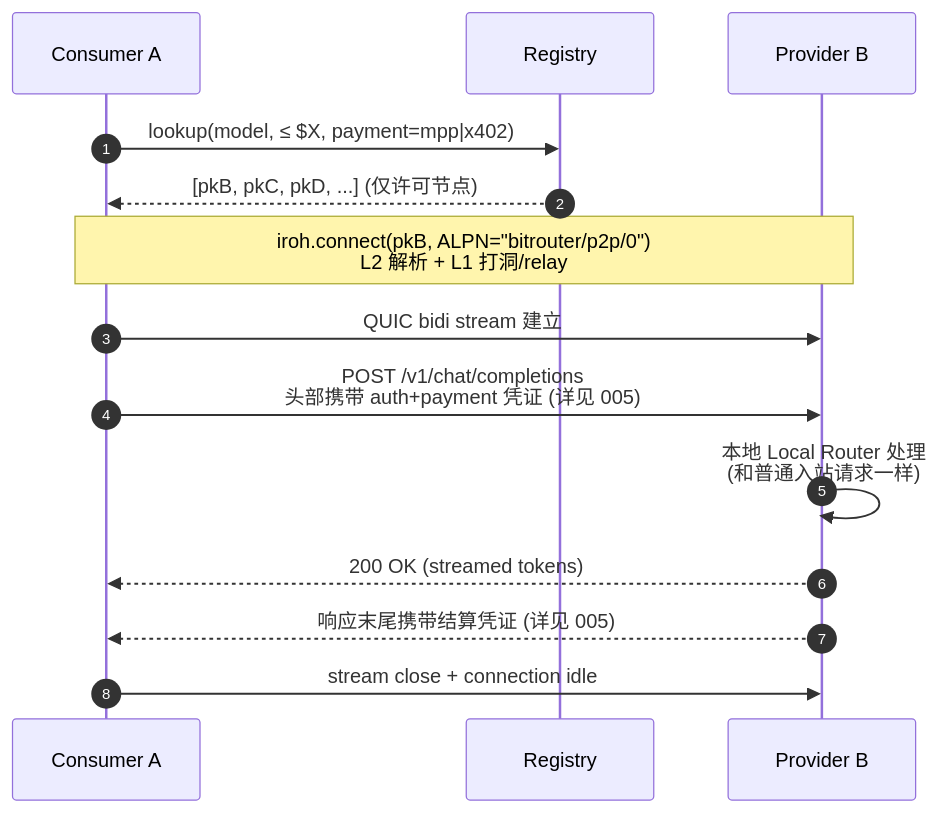
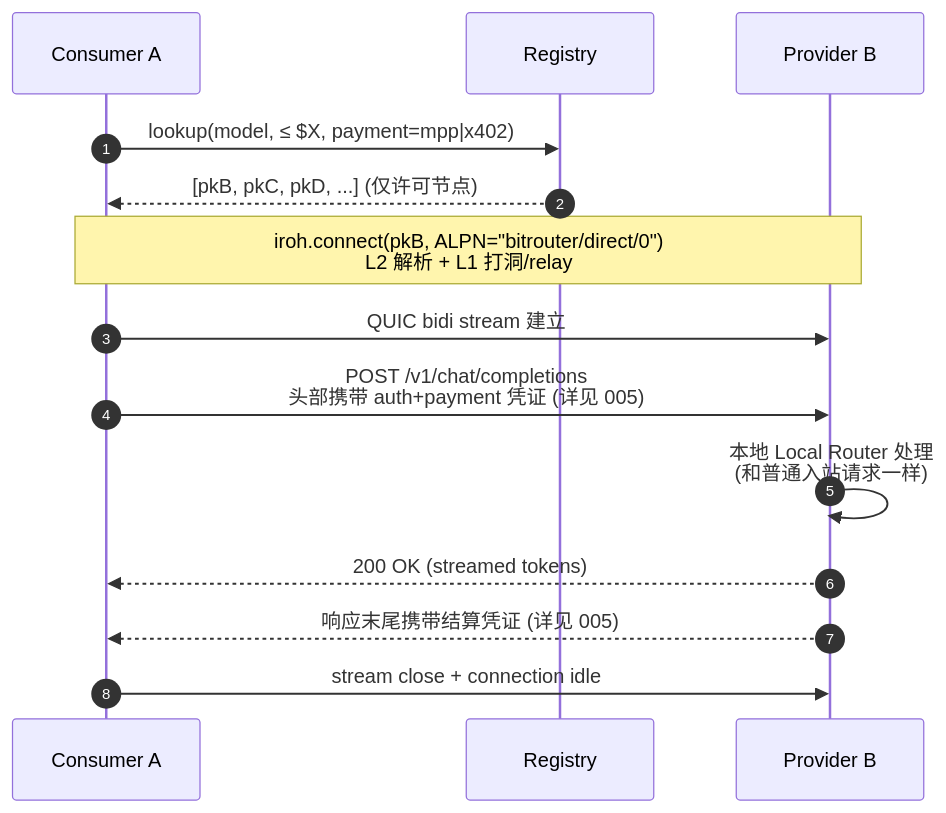
One commit to bitrouter/bitrouter changed the third of 4 diagrams in specs/p2p/001-01-overview.md. Above: the diagram before and after it, drawn with Mermaid. The commit also changed other lines of this file and 18 other files, not shown here.

````diff
--- a/specs/p2p/001-01-overview.md
+++ b/specs/p2p/001-01-overview.md
@@ -237,16 +237,16 @@
 ```mermaid
 sequenceDiagram
     autonumber
     participant A as Consumer A
     participant R as Registry
     participant B as Provider B
     A->>R: lookup(model, ≤ $X, payment=mpp|x402)
     R-->>A: [pkB, pkC, pkD, ...] (仅许可节点)
-    Note over A,B: iroh.connect(pkB, ALPN="bitrouter/p2p/0")<br/>L2 解析 + L1 打洞/relay
+    Note over A,B: iroh.connect(pkB, ALPN="bitrouter/direct/0")<br/>L2 解析 + L1 打洞/relay
     A->>B: QUIC bidi stream 建立
     A->>B: POST /v1/chat/completions<br/>头部携带 auth+payment 凭证 (详见 005)
     B->>B: 本地 Local Router 处理<br/>(和普通入站请求一样)
     B-->>A: 200 OK (streamed tokens)
     B-->>A: 响应末尾携带结算凭证 (详见 005)
     A->>B: stream close + connection idle
 ```
````
